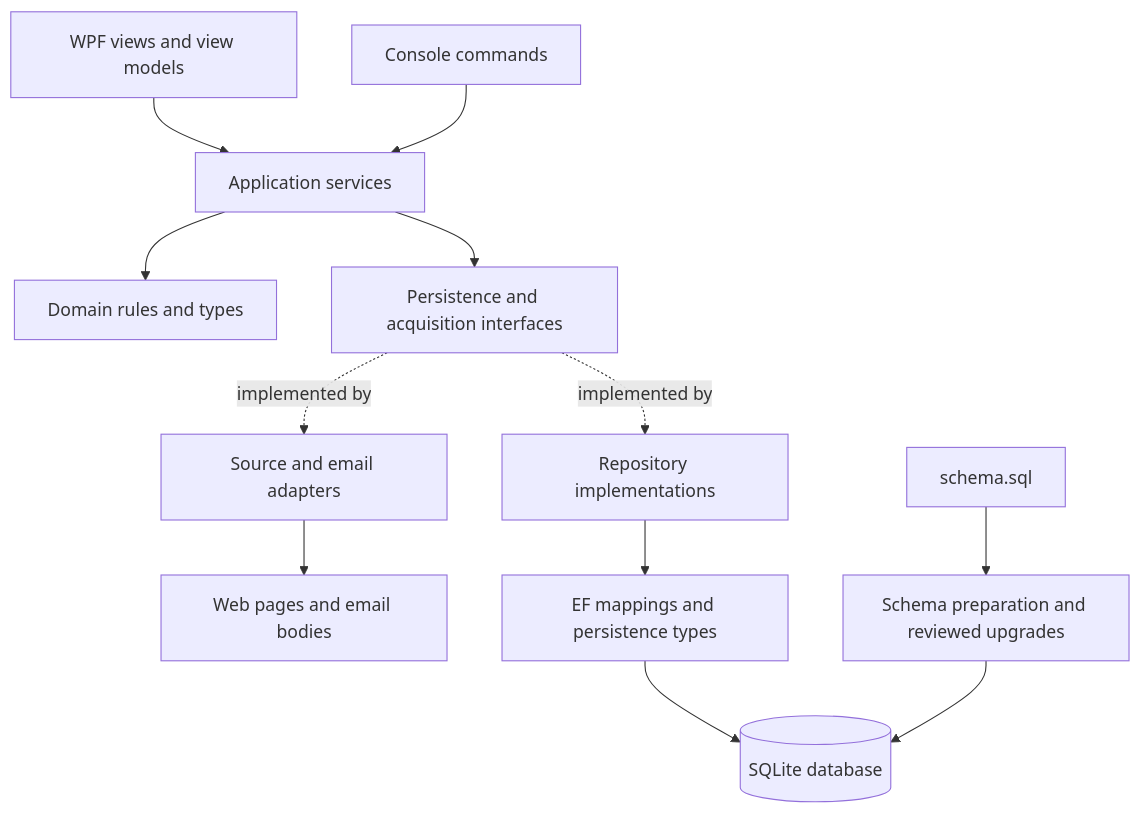
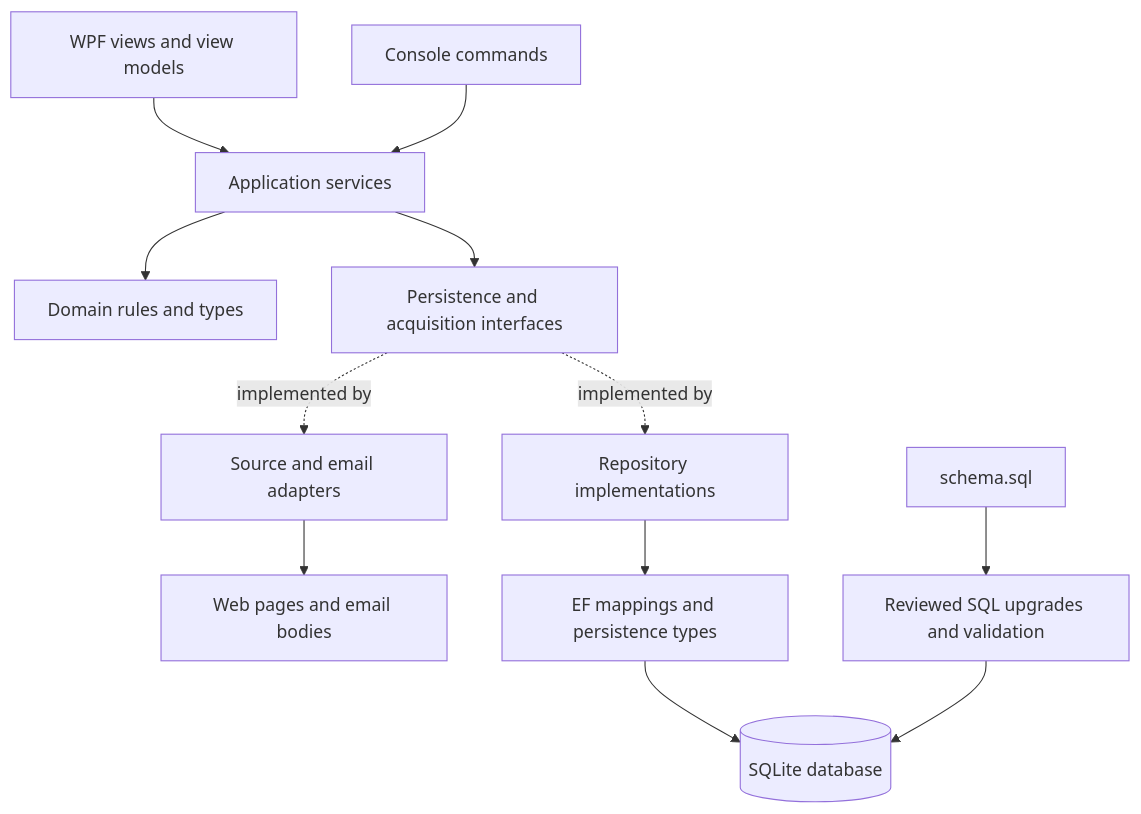
One commit to jamesjohnmcguire/JobsDb changed the diagram in Support/Architecture.md. Above: the diagram before and after it, drawn with Mermaid. The commit also changed other lines of this file and 14 other files, not shown here.

Commit message:
Add Reviewed SQL Upgrade History

````diff
--- a/Support/Architecture.md
+++ b/Support/Architecture.md
@@ -20,14 +20,14 @@
 ```mermaid
 flowchart TD
     dashboard[WPF views and view models] --> useCases[Application services]
     console[Console commands] --> useCases
     useCases --> domain[Domain rules and types]
     useCases --> contracts[Persistence and acquisition interfaces]
     contracts -. implemented by .-> repositories[Repository implementations]
     contracts -. implemented by .-> adapters[Source and email adapters]
     adapters --> inputs[Web pages and email bodies]
     repositories --> mappings[EF mappings and persistence types]
     mappings --> database[(SQLite database)]
-    schema[schema.sql] --> preparation[Schema preparation and reviewed upgrades]
+    schema[schema.sql] --> preparation[Reviewed SQL upgrades and validation]
     preparation --> database
 ```
````
